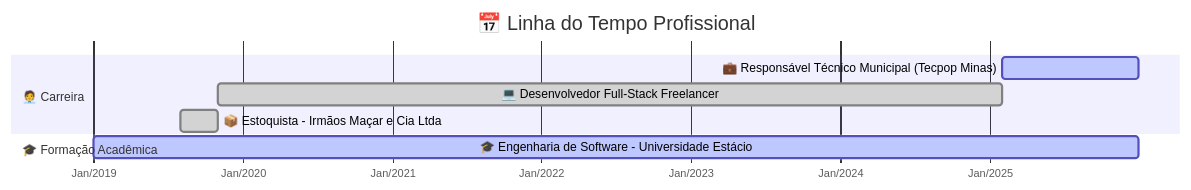
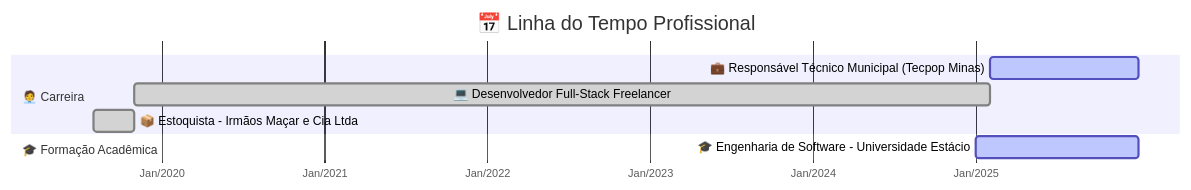
Before and after one commit to AlesonPungirum/AlesonPungirum: the second of 4 diagrams in README.md, drawn with Mermaid.

````diff
--- a/README.md
+++ b/README.md
@@ -135,16 +135,16 @@
 ```mermaid
 gantt
     title 📅 Linha do Tempo Profissional
     dateFormat  YYYY-MM-DD
     axisFormat  %b/%Y
 
     section 🧑‍💼 Carreira
     💼 Responsável Técnico Municipal (Tecpop Minas)     :active, 2025-02-01, 2025-12-31
     💻 Desenvolvedor Full-Stack Freelancer              :done, 2019-11-01, 2025-02-01
     📦 Estoquista - Irmãos Maçar e Cia Ltda             :done, 2019-08-01, 2019-10-31
 
     section 🎓 Formação Acadêmica
-    🎓 Engenharia de Software - Universidade Estácio     :active, 2019-01-01, 2025-12-31
+    🎓 Engenharia de Software - Universidade Estácio     :active, 2025-01-01, 2025-12-31
 
 
 ```
````
